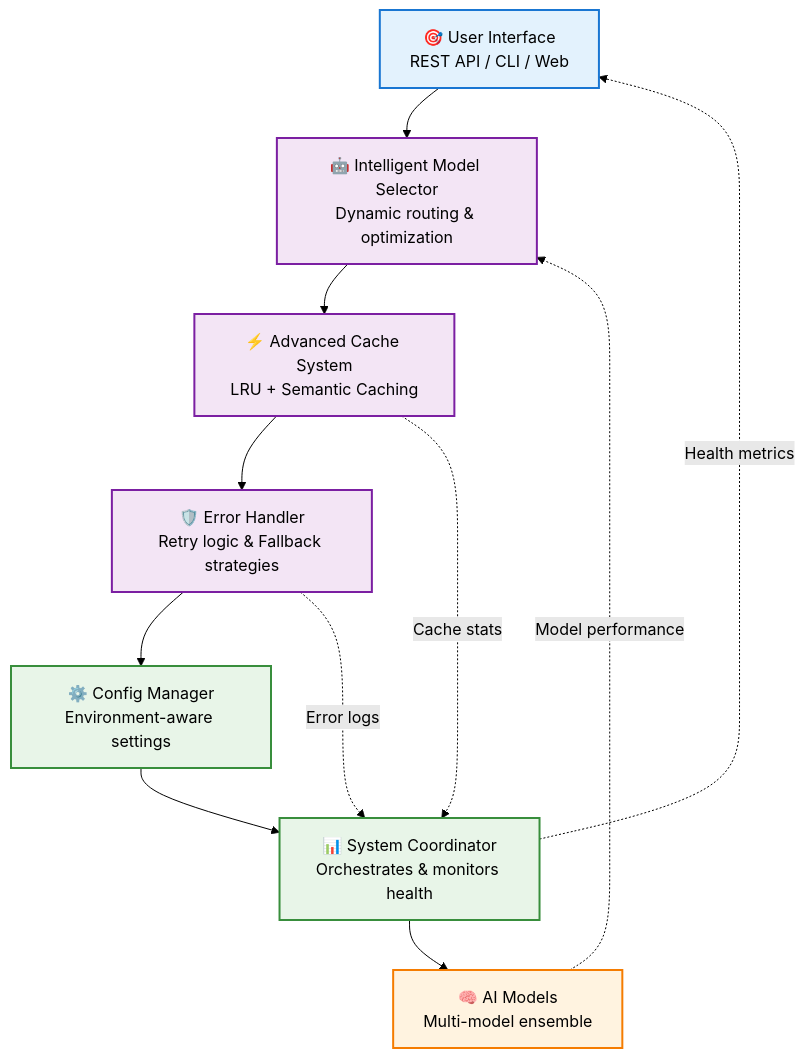
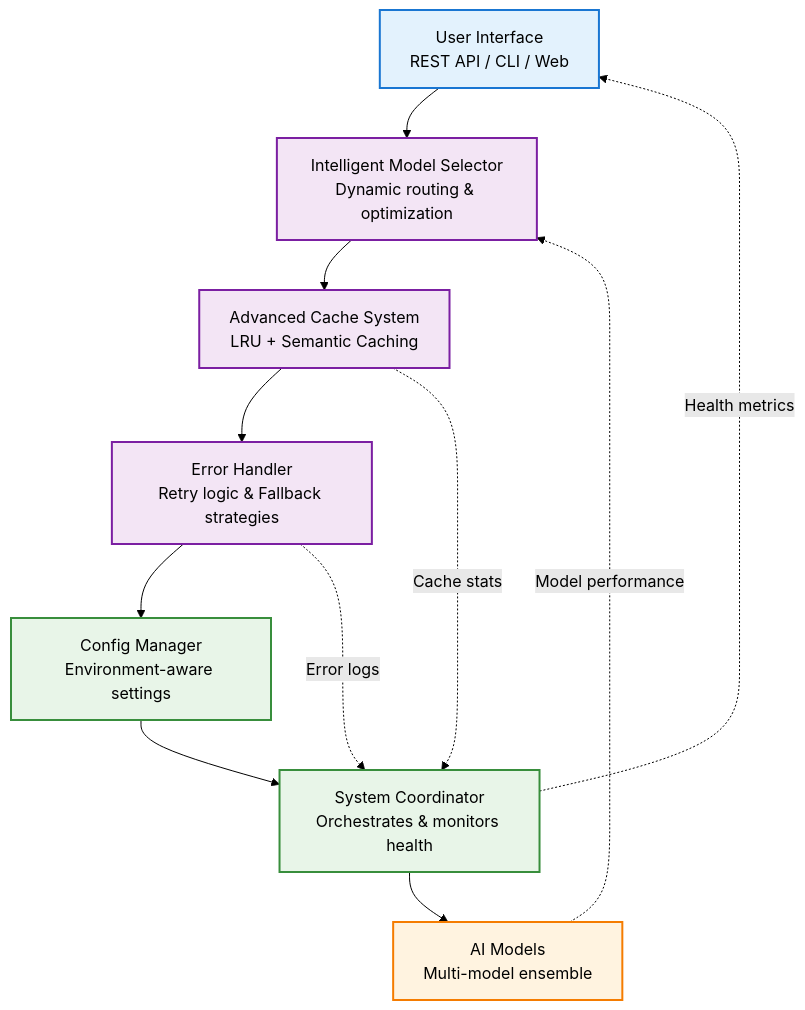
Before and after one commit to sreevarshan-xenoz/xencode: the diagram in README.md, drawn with Mermaid (forest theme). The commit also changed other lines of this file and 40 other files, not shown here.

First line of the commit message:
feat: Add LangChain agentic system with 9 tools, multi-agent, memory, and TUI integration

````diff
--- a/README.md
+++ b/README.md
@@ -85,26 +88,24 @@
 ```mermaid
 graph TB
-    A["🎯 User Interface<br/>REST API / CLI / Web"] --> B["🤖 Intelligent Model Selector<br/>Dynamic routing & optimization"]
-    B --> C["⚡ Advanced Cache System<br/>LRU + Semantic Caching"]
-    C --> D["🛡️ Error Handler<br/>Retry logic & Fallback strategies"]
-    D --> E["⚙️ Config Manager<br/>Environment-aware settings"]
-    E --> F["📊 System Coordinator<br/>Orchestrates & monitors health"]
-    F --> G["🧠 AI Models<br/>Multi-model ensemble"]
+    A[User Interface<br/>REST API / CLI / Web] --> B[Intelligent Model Selector<br/>Dynamic routing & optimization]
+    B --> C[Advanced Cache System<br/>LRU + Semantic Caching]
+    C --> D[Error Handler<br/>Retry logic & Fallback strategies]
+    D --> E[Config Manager<br/>Environment-aware settings]
+    E --> F[System Coordinator<br/>Orchestrates & monitors health]
+    F --> G[AI Models<br/>Multi-model ensemble]
 
-    %% Bidirectional feedback loops for system awareness
-    F -.->|"Health metrics"| A
-    C -.->|"Cache stats"| F
-    D -.->|"Error logs"| F
-    G -.->|"Model performance"| B
+    F -.->|Health metrics| A
+    C -.->|Cache stats| F
+    D -.->|Error logs| F
+    G -.->|Model performance| B
 
-    %% Styling with professional color palette
     classDef ui fill:#e3f2fd,stroke:#1976d2,stroke-width:2px,color:#000
     classDef core fill:#f3e5f5,stroke:#7b1fa2,stroke-width:2px,color:#000
     classDef infra fill:#e8f5e8,stroke:#388e3c,stroke-width:2px,color:#000
     classDef models fill:#fff3e0,stroke:#f57c00,stroke-width:2px,color:#000
     
     class A ui
     class B,C,D core
     class E,F infra
     class G models
 ```
````
